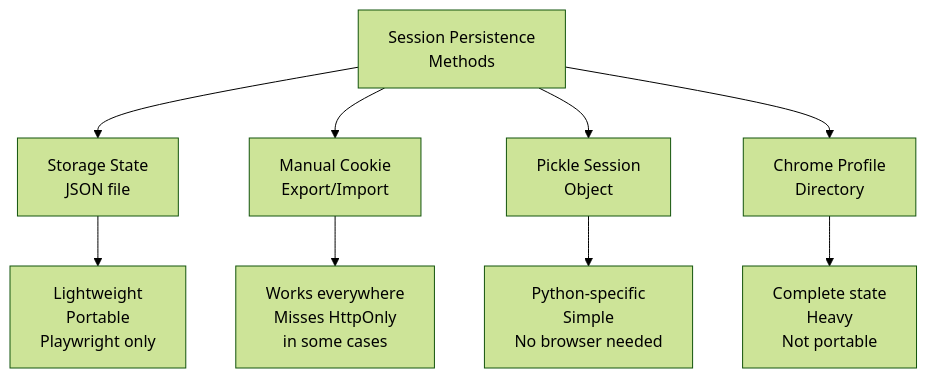
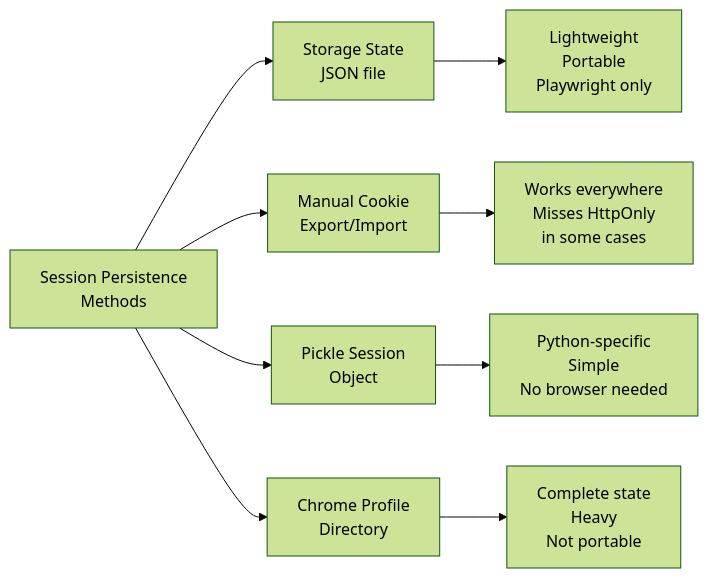
The second of 2 diagrams in _posts/2026-02-08-user-session-persistence-keeping-logins-alive-automation.md (bytetunnels/bytetunnels.github.com), drawn with Mermaid (forest theme) before and after one commit. The commit also changed 118 other files, not shown here.

Commit message:
feat: improve diagram styling and compact wide flowcharts

````diff
--- a/_posts/2026-02-08-user-session-persistence-keeping-logins-alive-automation.md
+++ b/_posts/2026-02-08-user-session-persistence-keeping-logins-alive-automation.md
@@ -342,11 +342,11 @@
 ```mermaid
-graph TD
-    A[Session Persistence<br>Methods] --> B[Storage State<br>JSON file]
-    A --> C[Manual Cookie<br>Export/Import]
-    A --> D[Pickle Session<br>Object]
-    A --> E[Chrome Profile<br>Directory]
-    B --> F[Lightweight<br>Portable<br>Playwright only]
-    C --> G[Works everywhere<br>Misses HttpOnly<br>in some cases]
-    D --> H[Python-specific<br>Simple<br>No browser needed]
-    E --> I[Complete state<br>Heavy<br>Not portable]
+graph LR
+    A["Session Persistence<br/>Methods"] --> B["Storage State<br/>JSON file"]
+    A --> C["Manual Cookie<br/>Export/Import"]
+    A --> D["Pickle Session<br/>Object"]
+    A --> E["Chrome Profile<br/>Directory"]
+    B --> F["Lightweight<br/>Portable<br/>Playwright only"]
+    C --> G["Works everywhere<br/>Misses HttpOnly<br/>in some cases"]
+    D --> H["Python-specific<br/>Simple<br/>No browser needed"]
+    E --> I["Complete state<br/>Heavy<br/>Not portable"]
 ```
````
